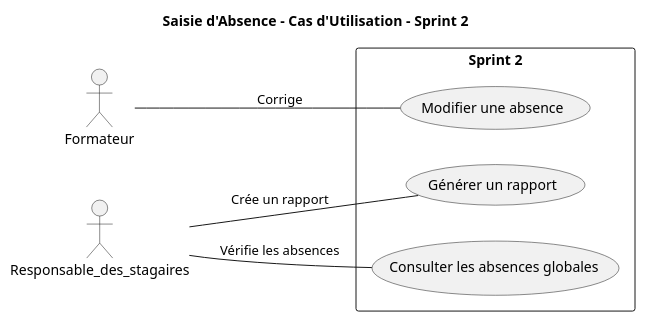
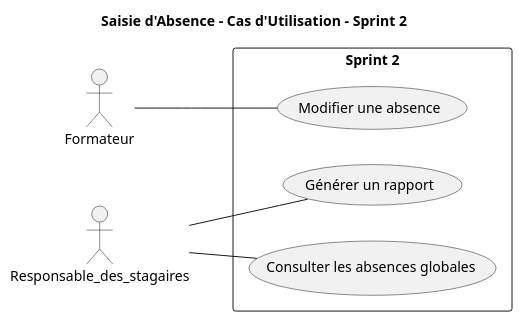
Before and after one commit to DevZakariaAz/19.Ui_Ux_Session: the diagram in Branche_fonctionnelle/Use_Cases/UseCases_Sprint_2.plantuml, drawn with PlantUML. The commit also changed 5 other files, not shown here.

Commit message:
Update Use case and diagramme des classes

```diff
--- a/Branche_fonctionnelle/Use_Cases/UseCases_Sprint_2.plantuml
+++ b/Branche_fonctionnelle/Use_Cases/UseCases_Sprint_2.plantuml
@@ -1,18 +1,18 @@
 @startuml
 title Saisie d'Absence - Cas d'Utilisation - Sprint 2
 left to right direction
 
 actor Formateur as U
 actor Responsable_des_stagaires as A
 
 rectangle "Sprint 2" {
     usecase UC3 as "Modifier une absence"
     usecase UC4 as "Générer un rapport"
     usecase UC5 as "Consulter les absences globales"
 }
 
-U -- UC3 : "Corrige"
-A -- UC5 : "Vérifie les absences"
-A -- UC4 : "Crée un rapport"
+U -- UC3 
+A -- UC5 
+A -- UC4 
 
 @enduml
```
